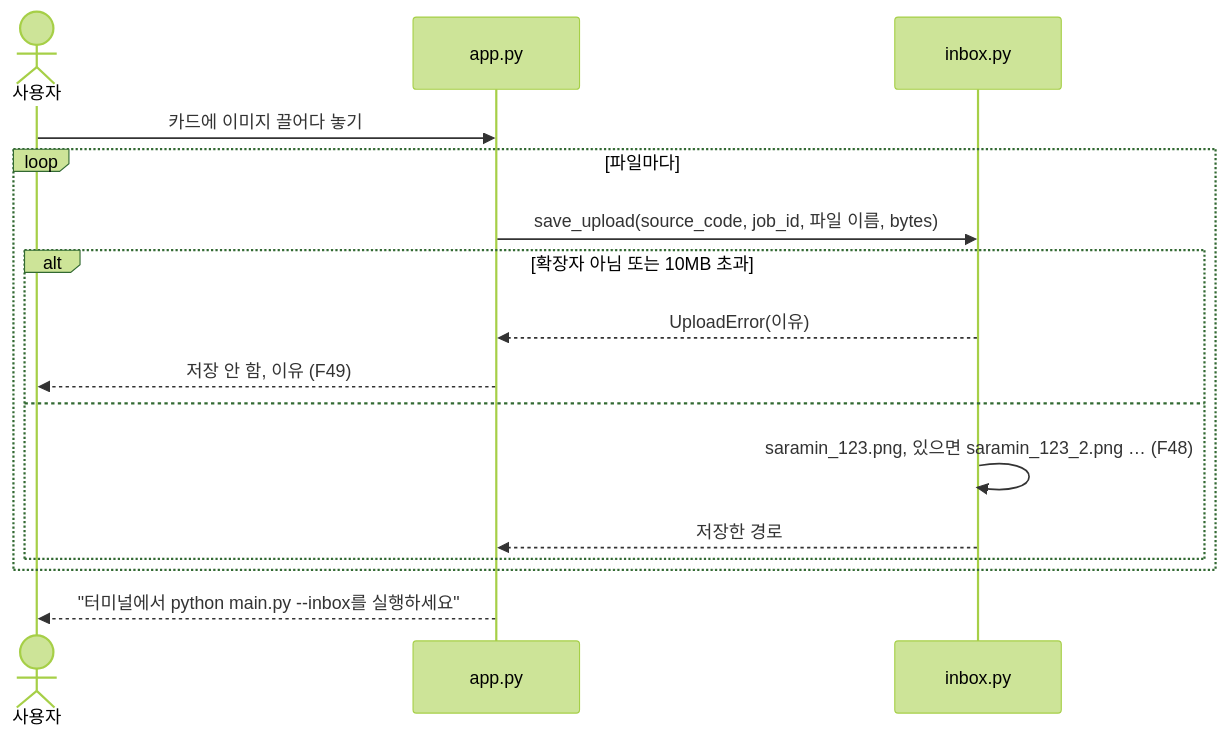
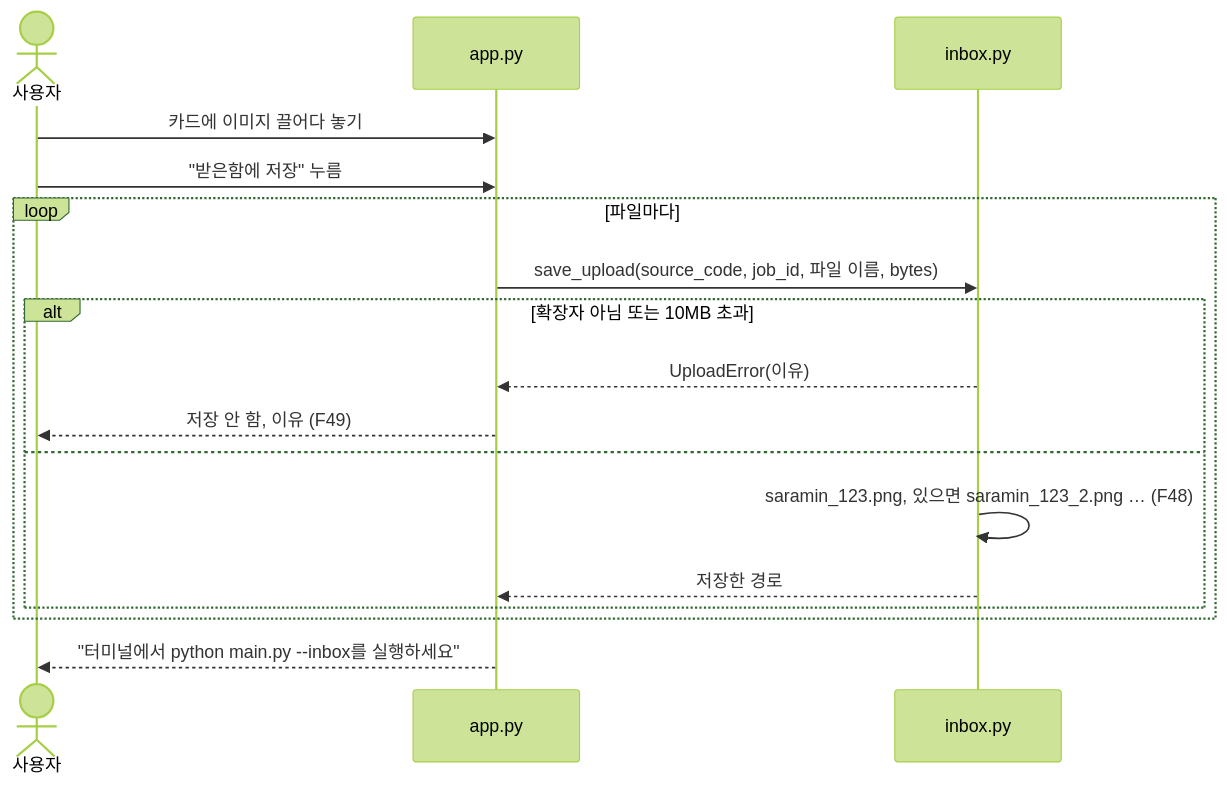
Before and after one commit to wogud98/jobvis: the third of 11 diagrams in docs/v0.5/02-design.md, drawn with Mermaid (forest theme). The commit also changed other lines of this file and 9 other files, not shown here.

````diff
--- a/docs/v0.5/02-design.md
+++ b/docs/v0.5/02-design.md
@@ -221,19 +225,20 @@
 ```mermaid
 sequenceDiagram
     actor U as 사용자
     participant A as app.py
     participant I as inbox.py
 
     U->>A: 카드에 이미지 끌어다 놓기
+    U->>A: "받은함에 저장" 누름
     loop 파일마다
         A->>I: save_upload(source_code, job_id, 파일 이름, bytes)
         alt 확장자 아님 또는 10MB 초과
             I-->>A: UploadError(이유)
             A-->>U: 저장 안 함, 이유 (F49)
         else
             I->>I: saramin_123.png, 있으면 saramin_123_2.png … (F48)
             I-->>A: 저장한 경로
         end
     end
     A-->>U: "터미널에서 python main.py --inbox를 실행하세요"
 ```
````
